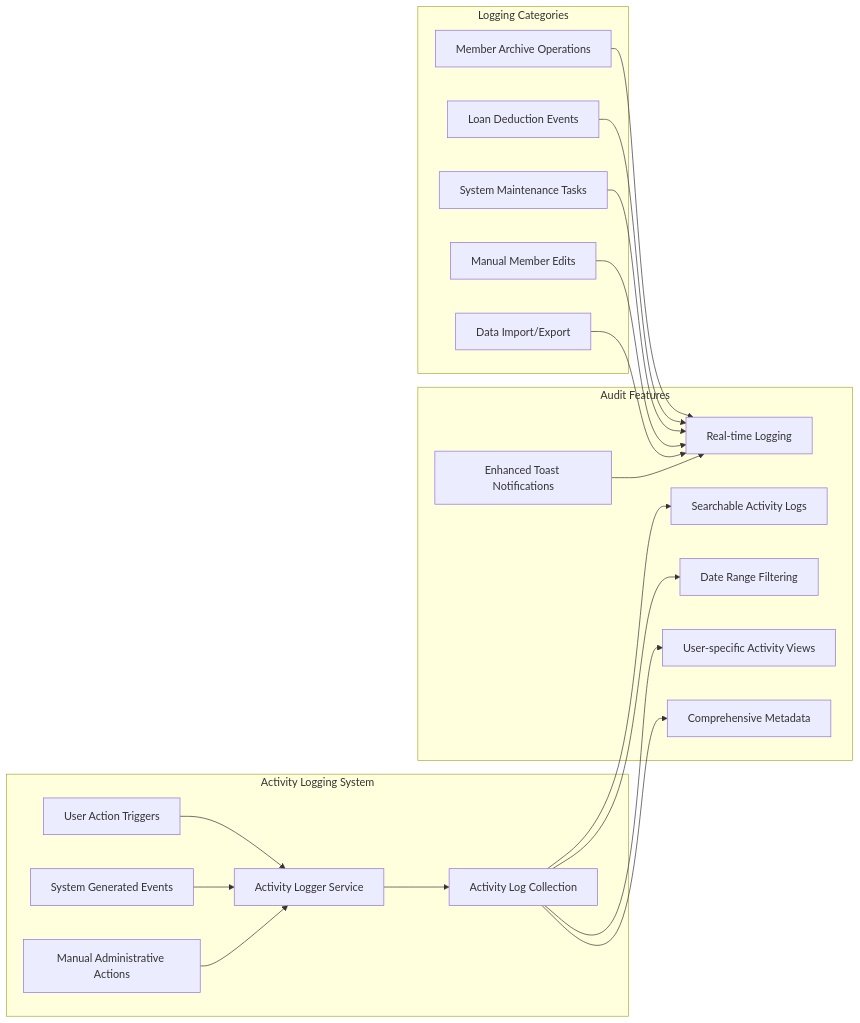
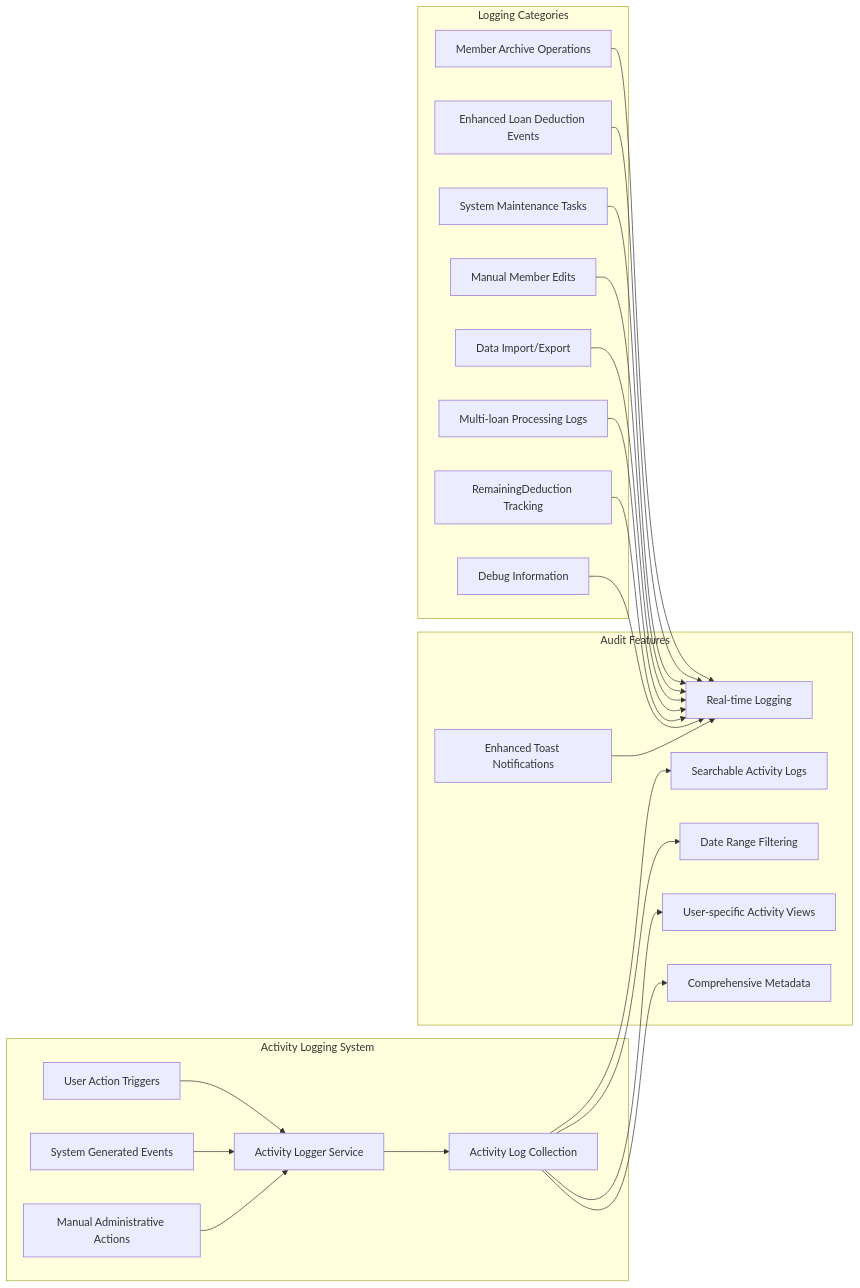
Before and after one commit to Unsure-bry/sampacoop_system: diagram 15 of 16 in .qoder/repowiki/en/content/Member Management System/Member Records System.md, drawn with Mermaid. The commit also changed other lines of this file and 7 other files, not shown here.

````diff
--- a/.qoder/repowiki/en/content/Member Management System/Member Records System.md
+++ b/.qoder/repowiki/en/content/Member Management System/Member Records System.md
@@ -659,39 +743,45 @@
 ```mermaid
 graph LR
 subgraph "Activity Logging System"
 A[Activity Logger Service]
 B[Activity Log Collection]
 C[User Action Triggers]
 D[System Generated Events]
 E[Manual Administrative Actions]
 end
 subgraph "Logging Categories"
 F[Member Archive Operations]
-G[Loan Deduction Events]
+G[Enhanced Loan Deduction Events]
 H[System Maintenance Tasks]
 I[Manual Member Edits]
 J[Data Import/Export]
+K[Multi-loan Processing Logs]
+L[RemainingDeduction Tracking]
+M[Debug Information]
 end
 subgraph "Audit Features"
-K[Real-time Logging]
-L[Searchable Activity Logs]
-M[Date Range Filtering]
-N[User-specific Activity Views]
-O[Comprehensive Metadata]
-P[Enhanced Toast Notifications]
+N[Real-time Logging]
+O[Searchable Activity Logs]
+P[Date Range Filtering]
+Q[User-specific Activity Views]
+R[Comprehensive Metadata]
+S[Enhanced Toast Notifications]
 end
 A --> B
 C --> A
 D --> A
 E --> A
-F --> K
-G --> K
-H --> K
-I --> K
-J --> K
-B --> L
-B --> M
-B --> N
+F --> N
+G --> N
+H --> N
+I --> N
+J --> N
+K --> N
+L --> N
+M --> N
 B --> O
-P --> K
+B --> P
+B --> Q
+B --> R
+S --> N
 ```
````
